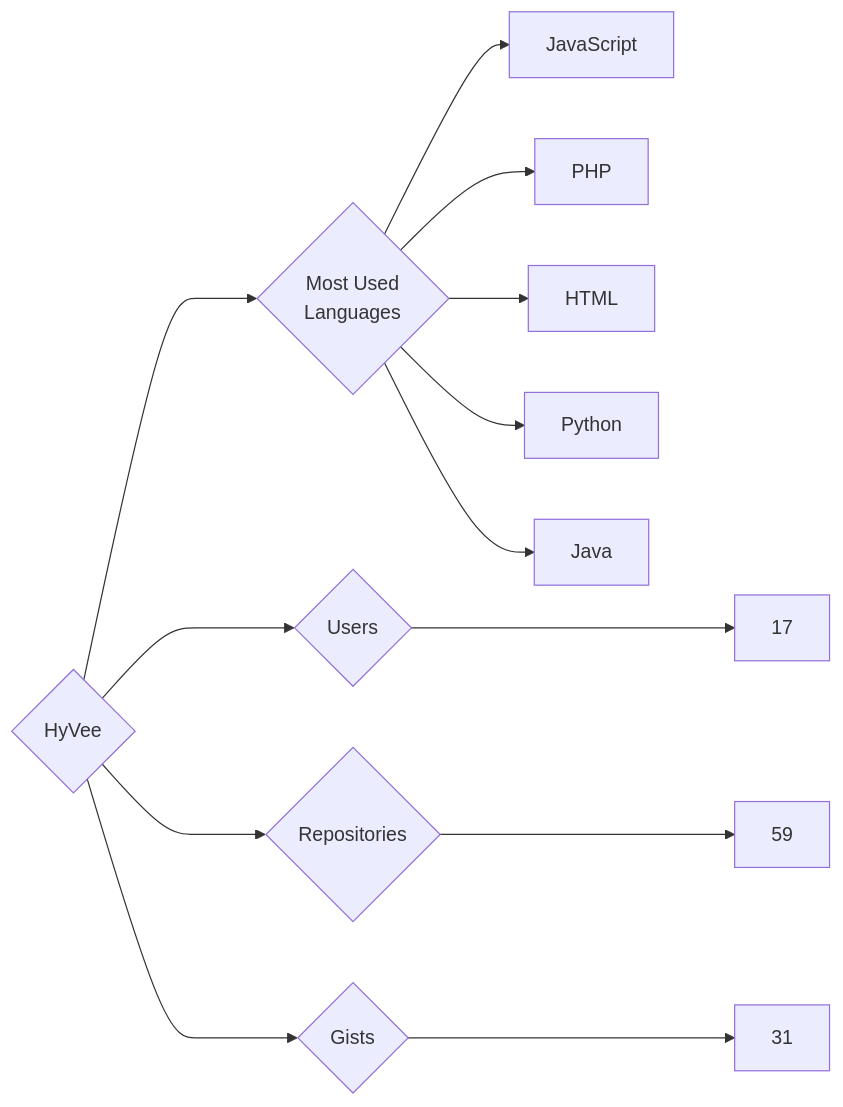
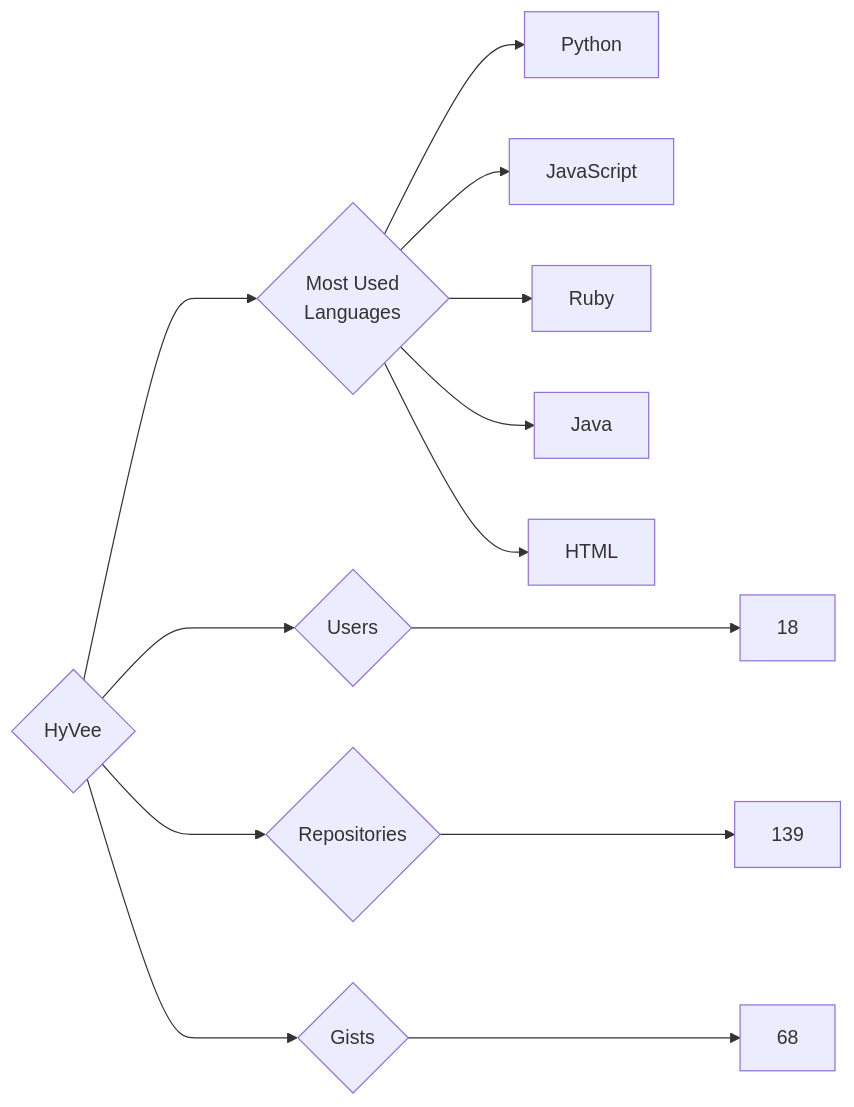
The diagram in targets/HyVee/README.md (trickest/insiders), drawn with Mermaid before and after one commit. The commit also changed 888 other files, not shown here.

````diff
--- a/targets/HyVee/README.md
+++ b/targets/HyVee/README.md
@@ -3,13 +3,13 @@
 ```mermaid
 graph LR
 COMPANY_NAME{HyVee}
-COMPANY_NAME ---> U{Users} ---> UN[17]
-COMPANY_NAME ---> R{Repositories} ---> RN[59]
-COMPANY_NAME ---> G{Gists} ---> GN[31]
+COMPANY_NAME ---> U{Users} ---> UN[18]
+COMPANY_NAME ---> R{Repositories} ---> RN[139]
+COMPANY_NAME ---> G{Gists} ---> GN[68]
 COMPANY_NAME ---> ML{Most Used<br>Languages}
+ML --> Python[Python]
 ML --> JavaScript[JavaScript]
-ML --> PHP[PHP]
+ML --> Ruby[Ruby]
+ML --> Java[Java]
 ML --> HTML[HTML]
-ML --> Python[Python]
-ML --> Java[Java]
 ```
````
